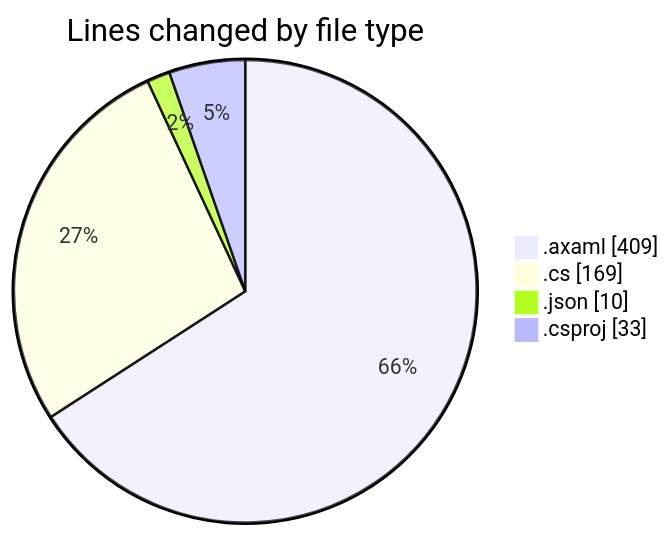
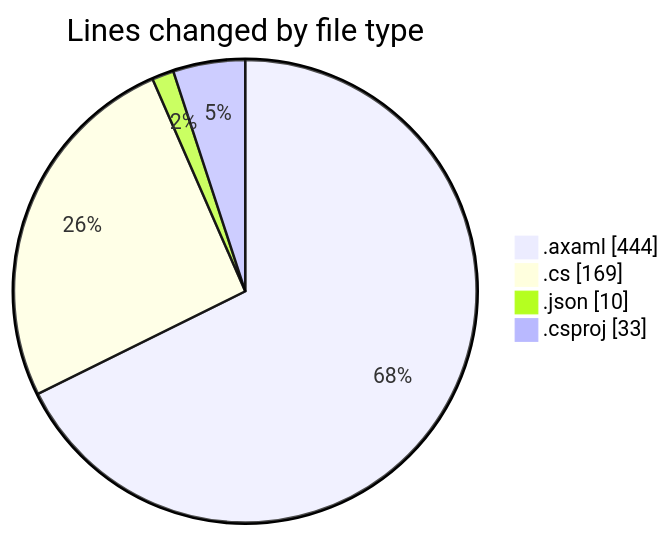
One commit to Netris89/code-tracking changed the first of 2 diagrams in 2025-10-21/skintrack/README.md. Above: the diagram before and after it, drawn with Mermaid. The commit also changed other lines of this file and 1 other file, not shown here.

````diff
--- a/2025-10-21/skintrack/README.md
+++ b/2025-10-21/skintrack/README.md
@@ -29,8 +29,8 @@
 ```mermaid
 pie showData
 title Lines changed by file type
-".axaml" : 409
+".axaml" : 444
 ".cs" : 169
 ".json" : 10
 ".csproj" : 33
 ```
````
